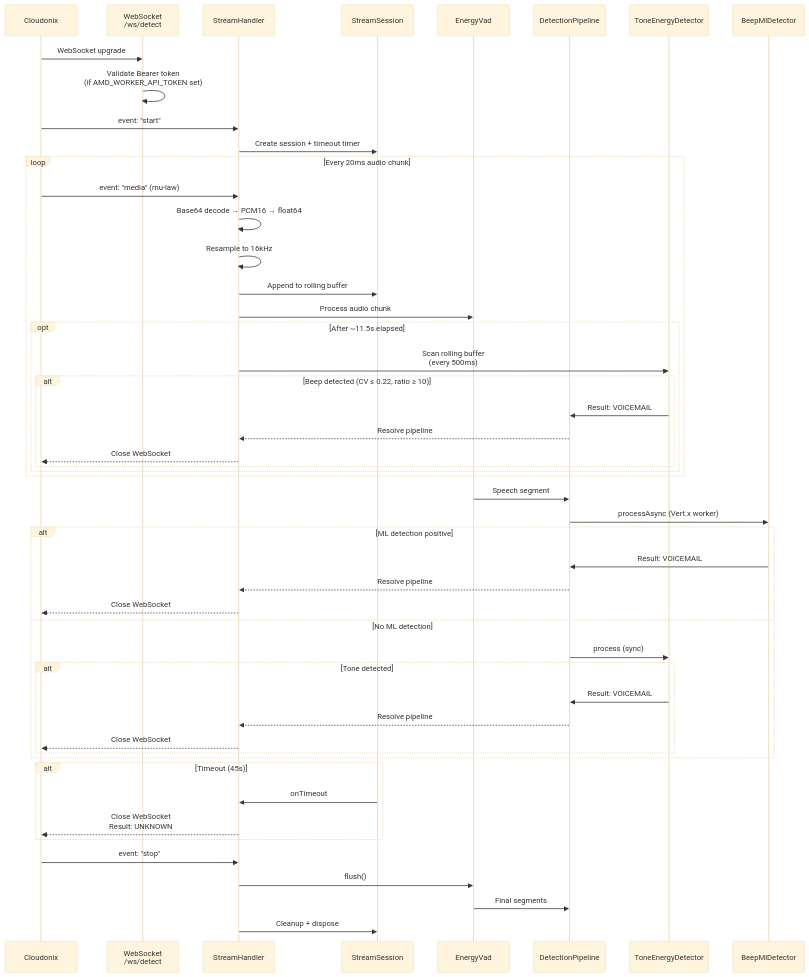
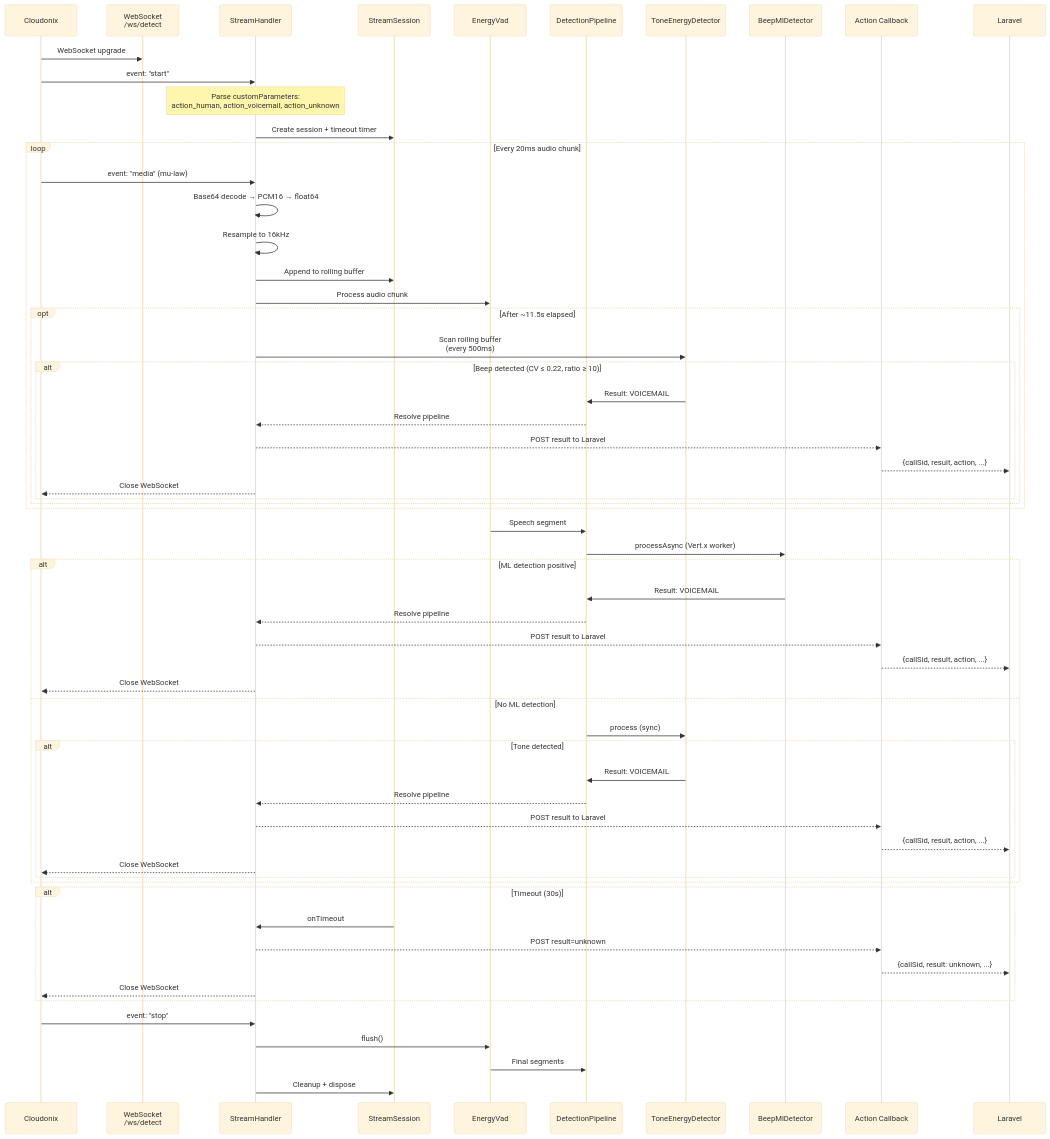
One commit to greenfieldtech-nirs/opbx changed the second of 2 diagrams in amd-worker/README.md. Above: the diagram before and after it, drawn with Mermaid (base theme). The commit also changed other lines of this file and 37 other files, not shown here.

First line of the commit message:
Update documentation and memory files for AMD action callback flow and UI

````diff
--- a/amd-worker/README.md
+++ b/amd-worker/README.md
@@ -97,53 +104,63 @@
 ```mermaid
 sequenceDiagram
     participant C as Cloudonix
     participant WS as WebSocket<br/>/ws/detect
     participant SH as StreamHandler
     participant SS as StreamSession
     participant VAD as EnergyVad
     participant DP as DetectionPipeline
     participant TED as ToneEnergyDetector
     participant BML as BeepMlDetector
+    participant CB as Action Callback
+    participant L as Laravel
 
     C->>WS: WebSocket upgrade
-    WS->>WS: Validate Bearer token<br/>(if AMD_WORKER_API_TOKEN set)
     C->>SH: event: "start"
+    Note over SH: Parse customParameters:<br/>action_human, action_voicemail, action_unknown
     SH->>SS: Create session + timeout timer
     loop Every 20ms audio chunk
         C->>SH: event: "media" (mu-law)
         SH->>SH: Base64 decode → PCM16 → float64
         SH->>SH: Resample to 16kHz
         SH->>SS: Append to rolling buffer
         SH->>VAD: Process audio chunk
         opt After ~11.5s elapsed
             SH->>TED: Scan rolling buffer<br/>(every 500ms)
             alt Beep detected (CV ≤ 0.22, ratio ≥ 10)
                 TED->>DP: Result: VOICEMAIL
                 DP-->>SH: Resolve pipeline
+                SH-->>CB: POST result to Laravel
+                CB-->>L: {callSid, result, action, ...}
                 SH-->>C: Close WebSocket
             end
         end
     end
     VAD->>DP: Speech segment
     DP->>BML: processAsync (Vert.x worker)
     alt ML detection positive
         BML->>DP: Result: VOICEMAIL
         DP-->>SH: Resolve pipeline
+        SH-->>CB: POST result to Laravel
+        CB-->>L: {callSid, result, action, ...}
         SH-->>C: Close WebSocket
     else No ML detection
         DP->>TED: process (sync)
         alt Tone detected
             TED->>DP: Result: VOICEMAIL
             DP-->>SH: Resolve pipeline
+            SH-->>CB: POST result to Laravel
+            CB-->>L: {callSid, result, action, ...}
             SH-->>C: Close WebSocket
         end
     end
-    alt Timeout (45s)
+    alt Timeout (30s)
         SS->>SH: onTimeout
-        SH-->>C: Close WebSocket<br/>Result: UNKNOWN
+        SH-->>CB: POST result=unknown
+        CB-->>L: {callSid, result: unknown, ...}
+        SH-->>C: Close WebSocket
     end
     C->>SH: event: "stop"
     SH->>VAD: flush()
     VAD->>DP: Final segments
     SH->>SS: Cleanup + dispose
 ```
````
